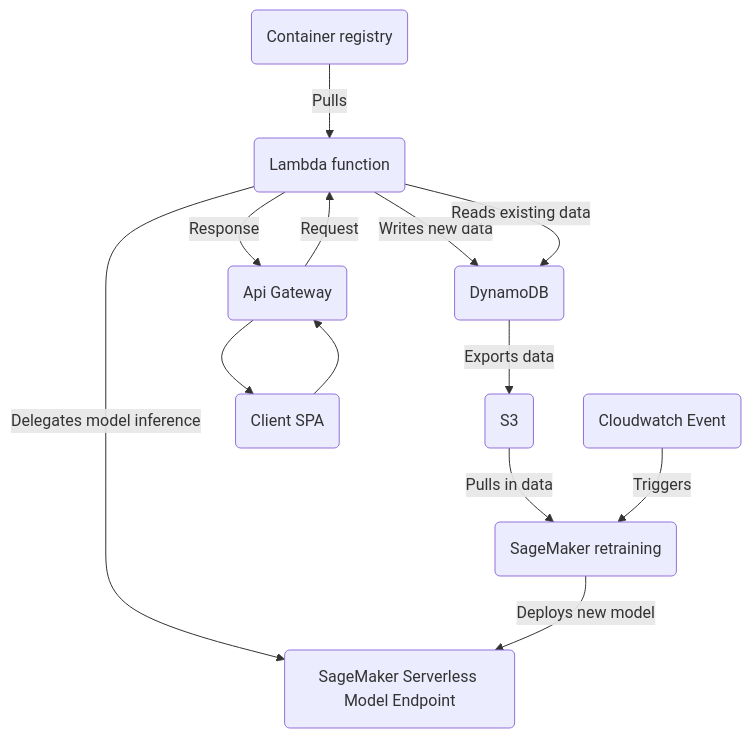
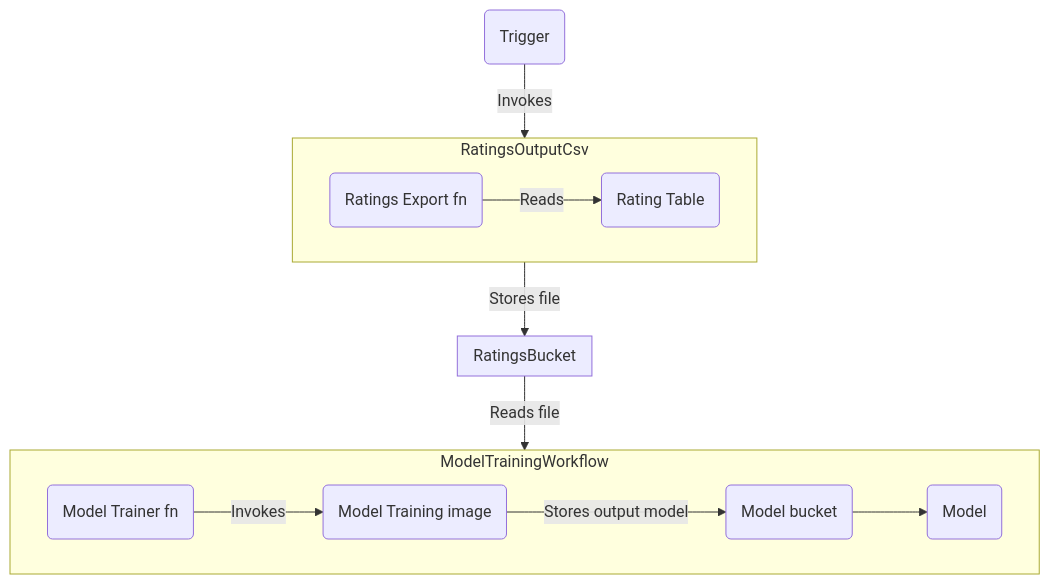
The second of 2 diagrams in README.md (laaksomavrick/canihasashowplz), drawn with Mermaid before and after one commit. The commit also changed other lines of this file and 3 other files, not shown here.

Commit message:
Documented system architecture, added to README

````diff
--- a/README.md
+++ b/README.md
@@ -34,33 +64,30 @@
 ```mermaid
 flowchart
 
-    Lambda(Lambda function)
-    ECR(Container registry)
-    APIGW(Api Gateway)
-    DynamoDB(DynamoDB)
-    S3(S3)
-    Client(Client SPA)
-    Cloudwatch(Cloudwatch Event)
-
-
-    SageMakerEndpoint(SageMaker Serverless Model Endpoint)
-    SageMaker(SageMaker retraining)
-
-    Client --> APIGW
-    APIGW --> Client
-
-    APIGW -->|Request| Lambda
-    Lambda -->|Response| APIGW
-    ECR -->|Pulls| Lambda
-
-    Lambda -->|Writes new data| DynamoDB
-    Lambda -->|Reads existing data| DynamoDB
-    Lambda -->|Delegates model inference| SageMakerEndpoint
-
-    DynamoDB -->|Exports data| S3
-
-    S3 -->|Pulls in data| SageMaker
-    SageMaker -->|Deploys new model| SageMakerEndpoint
-
-    Cloudwatch -->|Triggers| SageMaker
+    Trigger(Trigger)
+    RatingTable(Rating Table)
+    RatingsBucket(Ratings bucket)
+    ModelBucket(Model bucket)
+    RatingsExporter(Ratings Export fn)
+    ModelTrainer(Model Trainer fn)
+    ModelTraining(Model Training image)
+    RatingTable(Rating Table)
+    Model(Model)
+       
+    subgraph RatingsOutputCsv
+        RatingsExporter -->|Reads| RatingTable
+    end
+    
+    subgraph RatingsBucket
+    end
+    
+    subgraph ModelTrainingWorkflow
+        ModelTrainer -->|Invokes| ModelTraining
+        ModelTraining -->|Stores output model| ModelBucket
+        ModelBucket --> Model
+    end
+ 
+    Trigger -->|Invokes| RatingsOutputCsv
+    RatingsOutputCsv -->|Stores file| RatingsBucket
+    RatingsBucket -->|Reads file| ModelTrainingWorkflow
 ```
````
